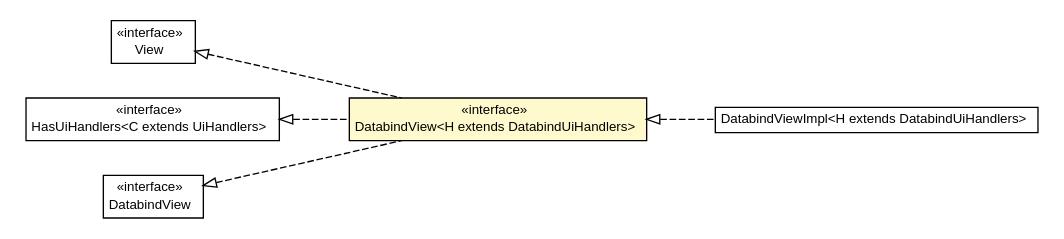
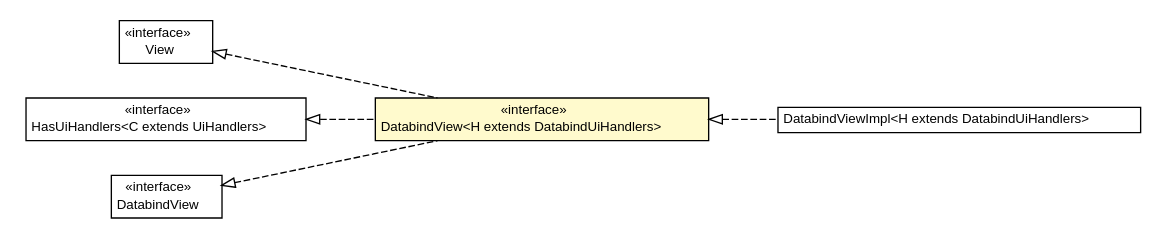
One commit to growbit/turbogwt-gwtp changed the diagram in javadoc/apidocs/org/turbogwt/ext/gwtp/databind/client/DatabindView.dot. Above: the diagram before and after it, drawn with Graphviz. The commit also changed 47 other files, not shown here.

```diff
--- a/javadoc/apidocs/org/turbogwt/ext/gwtp/databind/client/DatabindView.dot
+++ b/javadoc/apidocs/org/turbogwt/ext/gwtp/databind/client/DatabindView.dot
@@ -1,55 +1,55 @@
 #!/usr/local/bin/dot
 #
 # Class diagram 
 # Generated by UMLGraph version R5_6-24-gf6e263 (http://www.umlgraph.org/)
 #
 
 digraph G {
-	edge [fontname="arial",fontsize=10,labelfontname="arial",labelfontsize=10];
-	node [fontname="arial",fontsize=10,shape=plaintext];
+	edge [fontname="Helvetica",fontsize=10,labelfontname="Helvetica",labelfontsize=10];
+	node [fontname="Helvetica",fontsize=10,shape=plaintext];
 	nodesep=0.25;
 	ranksep=0.5;
 	rankdir=LR;
-	// org.turbogwt.ext.gwtp.databind.client.DatabindViewImpl<H extends org.turbogwt.ext.gwtp.databind.client.DatabindUiHandlers>
-	c27 [label=<<table title="org.turbogwt.ext.gwtp.databind.client.DatabindViewImpl" border="0" cellborder="1" cellspacing="0" cellpadding="2" port="p" href="./DatabindViewImpl.html">
-		<tr><td><table border="0" cellspacing="0" cellpadding="1">
-<tr><td align="center" balign="center"> DatabindViewImpl&lt;H extends DatabindUiHandlers&gt; </td></tr>
-		</table></td></tr>
-		</table>>, URL="./DatabindViewImpl.html", fontname="arial", fontcolor="black", fontsize=10.0];
 	// org.turbogwt.ext.gwtp.databind.client.DatabindView<H extends org.turbogwt.ext.gwtp.databind.client.DatabindUiHandlers>
-	c28 [label=<<table title="org.turbogwt.ext.gwtp.databind.client.DatabindView" border="0" cellborder="1" cellspacing="0" cellpadding="2" port="p" bgcolor="lemonChiffon" href="./DatabindView.html">
+	c27 [label=<<table title="org.turbogwt.ext.gwtp.databind.client.DatabindView" border="0" cellborder="1" cellspacing="0" cellpadding="2" port="p" bgcolor="lemonChiffon" href="./DatabindView.html">
 		<tr><td><table border="0" cellspacing="0" cellpadding="1">
 <tr><td align="center" balign="center"> &#171;interface&#187; </td></tr>
 <tr><td align="center" balign="center"> DatabindView&lt;H extends DatabindUiHandlers&gt; </td></tr>
 		</table></td></tr>
-		</table>>, URL="./DatabindView.html", fontname="arial", fontcolor="black", fontsize=10.0];
+		</table>>, URL="./DatabindView.html", fontname="Helvetica", fontcolor="black", fontsize=10.0];
+	// org.turbogwt.ext.gwtp.databind.client.DatabindViewImpl<H extends org.turbogwt.ext.gwtp.databind.client.DatabindUiHandlers>
+	c28 [label=<<table title="org.turbogwt.ext.gwtp.databind.client.DatabindViewImpl" border="0" cellborder="1" cellspacing="0" cellpadding="2" port="p" href="./DatabindViewImpl.html">
+		<tr><td><table border="0" cellspacing="0" cellpadding="1">
+<tr><td align="center" balign="center"> DatabindViewImpl&lt;H extends DatabindUiHandlers&gt; </td></tr>
+		</table></td></tr>
+		</table>>, URL="./DatabindViewImpl.html", fontname="Helvetica", fontcolor="black", fontsize=10.0];
+	//org.turbogwt.ext.gwtp.databind.client.DatabindView<H extends org.turbogwt.ext.gwtp.databind.client.DatabindUiHandlers> implements com.gwtplatform.mvp.client.View
+	c31:p -> c27:p [dir=back,arrowtail=empty,style=dashed];
+	//org.turbogwt.ext.gwtp.databind.client.DatabindView<H extends org.turbogwt.ext.gwtp.databind.client.DatabindUiHandlers> implements com.gwtplatform.mvp.client.HasUiHandlers<C extends com.gwtplatform.mvp.client.UiHandlers>
+	c32:p -> c27:p [dir=back,arrowtail=empty,style=dashed];
+	//org.turbogwt.ext.gwtp.databind.client.DatabindView<H extends org.turbogwt.ext.gwtp.databind.client.DatabindUiHandlers> implements org.turbogwt.mvp.databind.client.DatabindView
+	c37:p -> c27:p [dir=back,arrowtail=empty,style=dashed];
 	//org.turbogwt.ext.gwtp.databind.client.DatabindViewImpl<H extends org.turbogwt.ext.gwtp.databind.client.DatabindUiHandlers> implements org.turbogwt.ext.gwtp.databind.client.DatabindView<H extends org.turbogwt.ext.gwtp.databind.client.DatabindUiHandlers>
-	c28:p -> c27:p [dir=back,arrowtail=empty,style=dashed];
-	//org.turbogwt.ext.gwtp.databind.client.DatabindView<H extends org.turbogwt.ext.gwtp.databind.client.DatabindUiHandlers> implements com.gwtplatform.mvp.client.View
-	c32:p -> c28:p [dir=back,arrowtail=empty,style=dashed];
-	//org.turbogwt.ext.gwtp.databind.client.DatabindView<H extends org.turbogwt.ext.gwtp.databind.client.DatabindUiHandlers> implements com.gwtplatform.mvp.client.HasUiHandlers<C extends com.gwtplatform.mvp.client.UiHandlers>
-	c33:p -> c28:p [dir=back,arrowtail=empty,style=dashed];
-	//org.turbogwt.ext.gwtp.databind.client.DatabindView<H extends org.turbogwt.ext.gwtp.databind.client.DatabindUiHandlers> implements org.turbogwt.mvp.databind.client.DatabindView
-	c38:p -> c28:p [dir=back,arrowtail=empty,style=dashed];
+	c27:p -> c28:p [dir=back,arrowtail=empty,style=dashed];
 	// com.gwtplatform.mvp.client.HasUiHandlers<C extends com.gwtplatform.mvp.client.UiHandlers>
-	c33 [label=<<table title="com.gwtplatform.mvp.client.HasUiHandlers" border="0" cellborder="1" cellspacing="0" cellpadding="2" port="p">
+	c32 [label=<<table title="com.gwtplatform.mvp.client.HasUiHandlers" border="0" cellborder="1" cellspacing="0" cellpadding="2" port="p">
 		<tr><td><table border="0" cellspacing="0" cellpadding="1">
 <tr><td align="center" balign="center"> &#171;interface&#187; </td></tr>
 <tr><td align="center" balign="center"> HasUiHandlers&lt;C extends UiHandlers&gt; </td></tr>
 		</table></td></tr>
-		</table>>, URL="null", fontname="arial", fontcolor="black", fontsize=10.0];
+		</table>>, URL="null", fontname="Helvetica", fontcolor="black", fontsize=10.0];
 	// org.turbogwt.mvp.databind.client.DatabindView
-	c38 [label=<<table title="org.turbogwt.mvp.databind.client.DatabindView" border="0" cellborder="1" cellspacing="0" cellpadding="2" port="p">
+	c37 [label=<<table title="org.turbogwt.mvp.databind.client.DatabindView" border="0" cellborder="1" cellspacing="0" cellpadding="2" port="p">
 		<tr><td><table border="0" cellspacing="0" cellpadding="1">
 <tr><td align="center" balign="center"> &#171;interface&#187; </td></tr>
 <tr><td align="center" balign="center"> DatabindView </td></tr>
 		</table></td></tr>
-		</table>>, URL="null", fontname="arial", fontcolor="black", fontsize=10.0];
+		</table>>, URL="null", fontname="Helvetica", fontcolor="black", fontsize=10.0];
 	// com.gwtplatform.mvp.client.View
-	c32 [label=<<table title="com.gwtplatform.mvp.client.View" border="0" cellborder="1" cellspacing="0" cellpadding="2" port="p">
+	c31 [label=<<table title="com.gwtplatform.mvp.client.View" border="0" cellborder="1" cellspacing="0" cellpadding="2" port="p">
 		<tr><td><table border="0" cellspacing="0" cellpadding="1">
 <tr><td align="center" balign="center"> &#171;interface&#187; </td></tr>
 <tr><td align="center" balign="center"> View </td></tr>
 		</table></td></tr>
-		</table>>, URL="null", fontname="arial", fontcolor="black", fontsize=10.0];
+		</table>>, URL="null", fontname="Helvetica", fontcolor="black", fontsize=10.0];
 }
```
